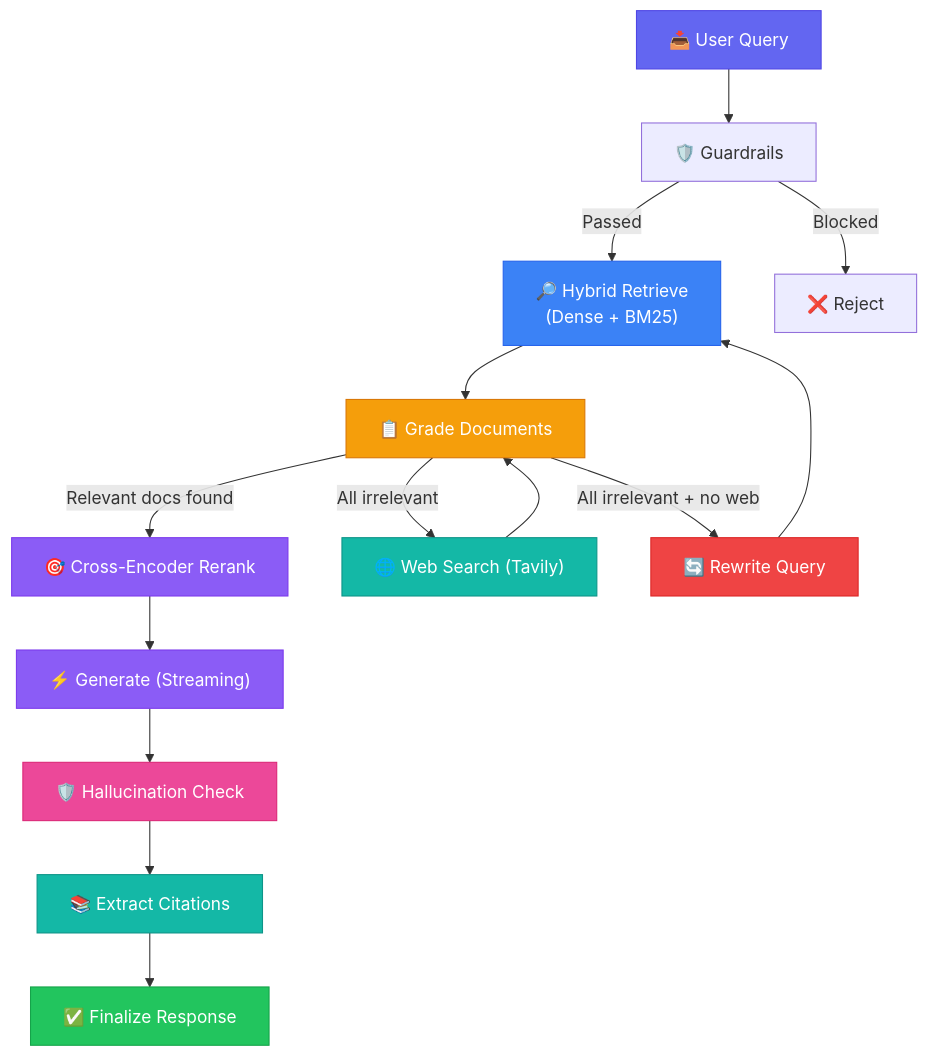
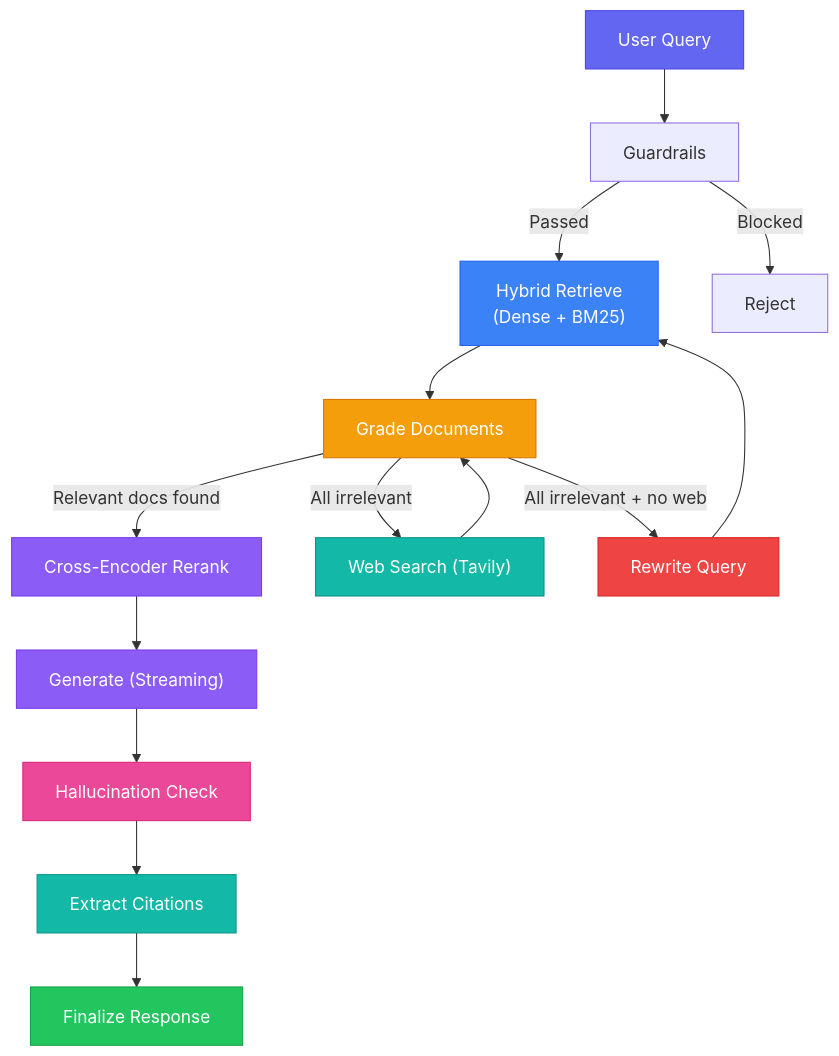
The diagram in README.md (khalequzzamanlikhon/SentinelRAG), drawn with Mermaid before and after one commit. The commit also changed other lines of this file, not shown here.

````diff
--- a/README.md
+++ b/README.md
@@ -51,27 +51,27 @@
 ```mermaid
 graph TD
-    A["📥 User Query"] --> G["🛡️ Guardrails"]
-    G -->|"Passed"| B["🔎 Hybrid Retrieve<br/>(Dense + BM25)"]
-    G -->|"Blocked"| X["❌ Reject"]
-    B --> C["📋 Grade Documents"]
-    C -->|"Relevant docs found"| D["🎯 Cross-Encoder Rerank"]
-    C -->|"All irrelevant"| E["🌐 Web Search (Tavily)"]
-    C -->|"All irrelevant + no web"| F["🔄 Rewrite Query"]
+    A["User Query"] --> G["Guardrails"]
+    G -->|"Passed"| B["Hybrid Retrieve<br/>(Dense + BM25)"]
+    G -->|"Blocked"| X["Reject"]
+    B --> C["Grade Documents"]
+    C -->|"Relevant docs found"| D["Cross-Encoder Rerank"]
+    C -->|"All irrelevant"| E["Web Search (Tavily)"]
+    C -->|"All irrelevant + no web"| F["Rewrite Query"]
     E --> C
     F --> B
-    D --> H["⚡ Generate (Streaming)"]
-    H --> I["🛡️ Hallucination Check"]
-    I --> J["📚 Extract Citations"]
-    J --> K["✅ Finalize Response"]
+    D --> H["Generate (Streaming)"]
+    H --> I["Hallucination Check"]
+    I --> J["Extract Citations"]
+    J --> K["Finalize Response"]
 
     style A fill:#6366f1,stroke:#4f46e5,color:#fff
     style B fill:#3b82f6,stroke:#2563eb,color:#fff
     style C fill:#f59e0b,stroke:#d97706,color:#fff
     style D fill:#8b5cf6,stroke:#7c3aed,color:#fff
     style E fill:#14b8a6,stroke:#0d9488,color:#fff
     style F fill:#ef4444,stroke:#dc2626,color:#fff
     style H fill:#8b5cf6,stroke:#7c3aed,color:#fff
     style I fill:#ec4899,stroke:#db2777,color:#fff
     style J fill:#14b8a6,stroke:#0d9488,color:#fff
     style K fill:#22c55e,stroke:#16a34a,color:#fff
 ```
````
